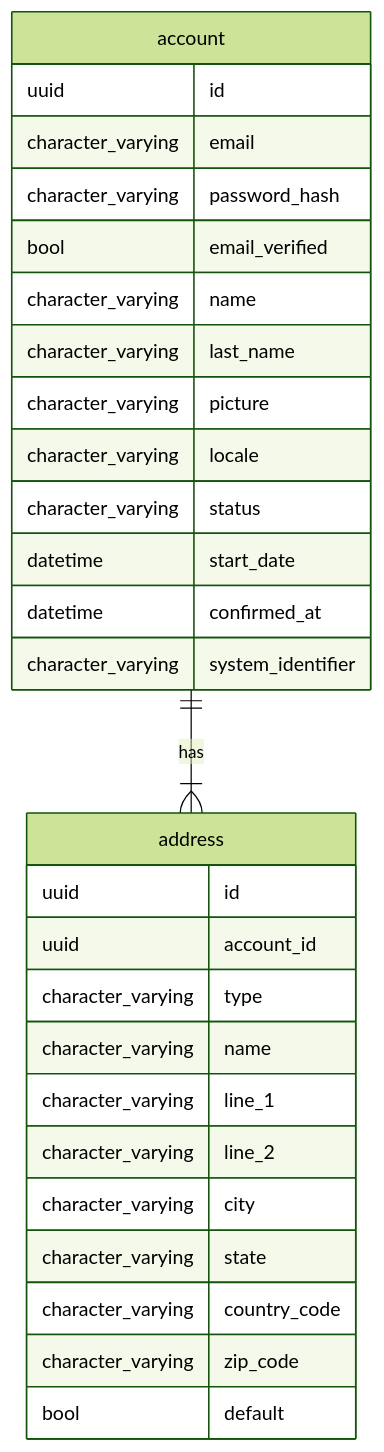
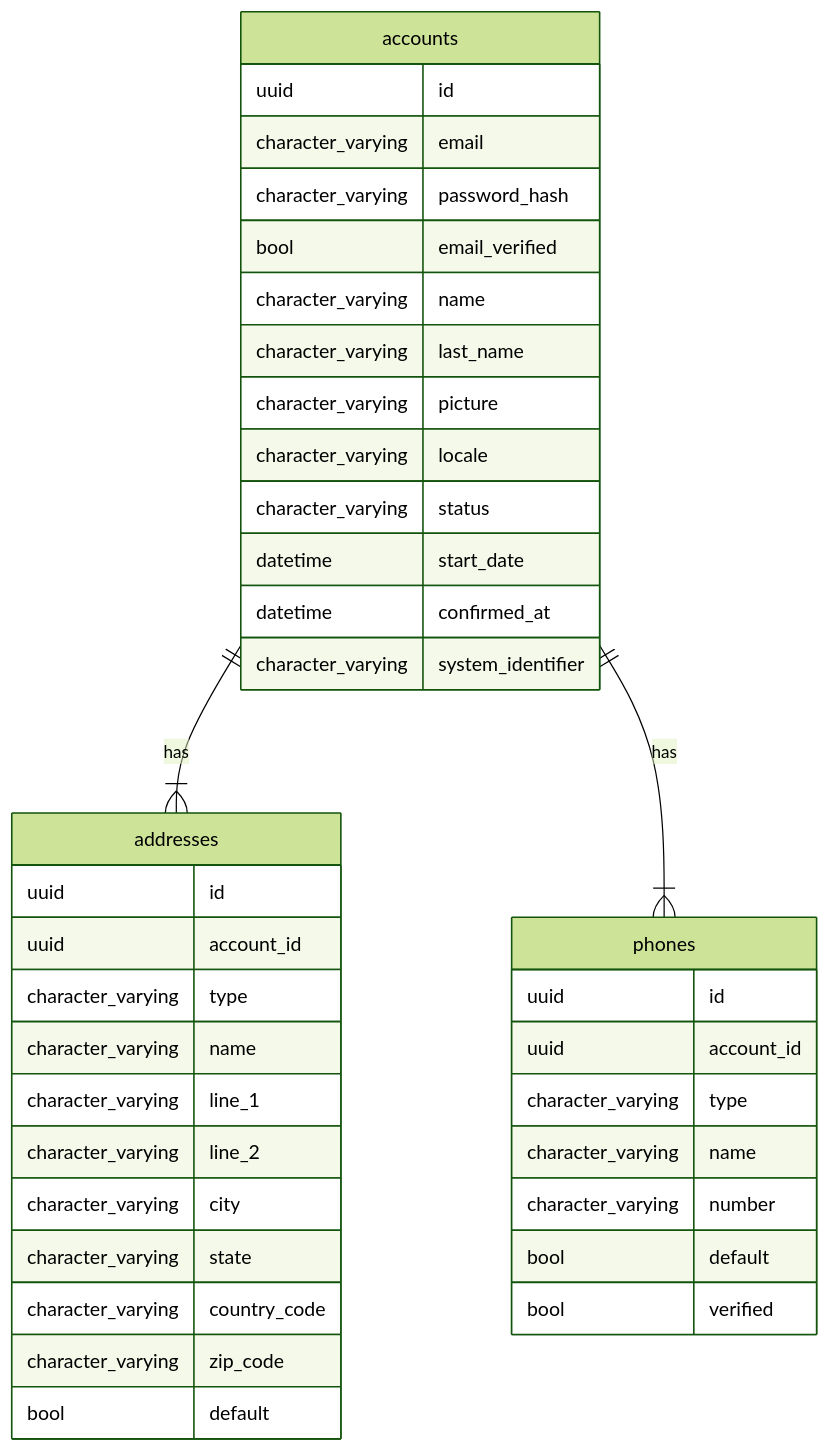
One commit to Taskero/accounts_management changed the diagram in README.md. Above: the diagram before and after it, drawn with Mermaid (forest theme). The commit also changed 10 other files, not shown here.

````diff
--- a/README.md
+++ b/README.md
@@ -7,35 +7,46 @@
 ```mermaid
 erDiagram
 
-    account {
+    accounts {
         uuid id
         character_varying email
         character_varying password_hash
         bool email_verified
         character_varying name
         character_varying last_name
         character_varying picture
         character_varying locale
         character_varying status
         datetime start_date
         datetime confirmed_at
         character_varying system_identifier
     }
 
-    address {
+    addresses {
         uuid id
         uuid account_id
         character_varying type
         character_varying name
         character_varying line_1
         character_varying line_2
         character_varying city
         character_varying state
         character_varying country_code
         character_varying zip_code
         bool default
     }
 
-    account ||--|{ address : has
+    phones {
+        uuid id
+        uuid account_id
+        character_varying type
+        character_varying name
+        character_varying number
+        bool default
+        bool verified
+    }
+
+    accounts ||--|{ addresses : has
+    accounts ||--|{ phones : has
 
 ```
````
